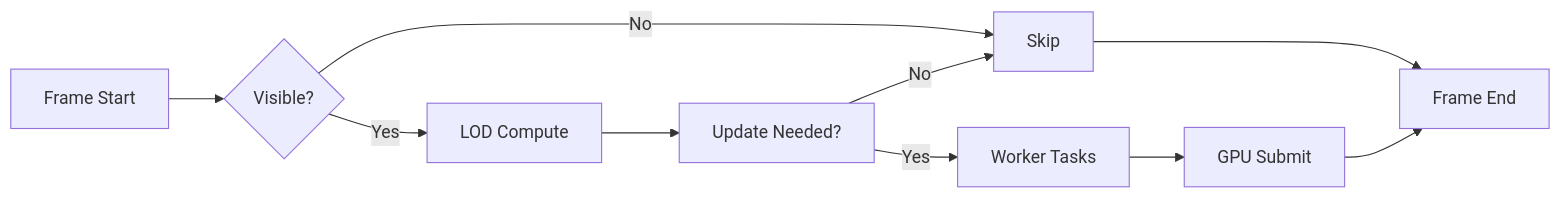
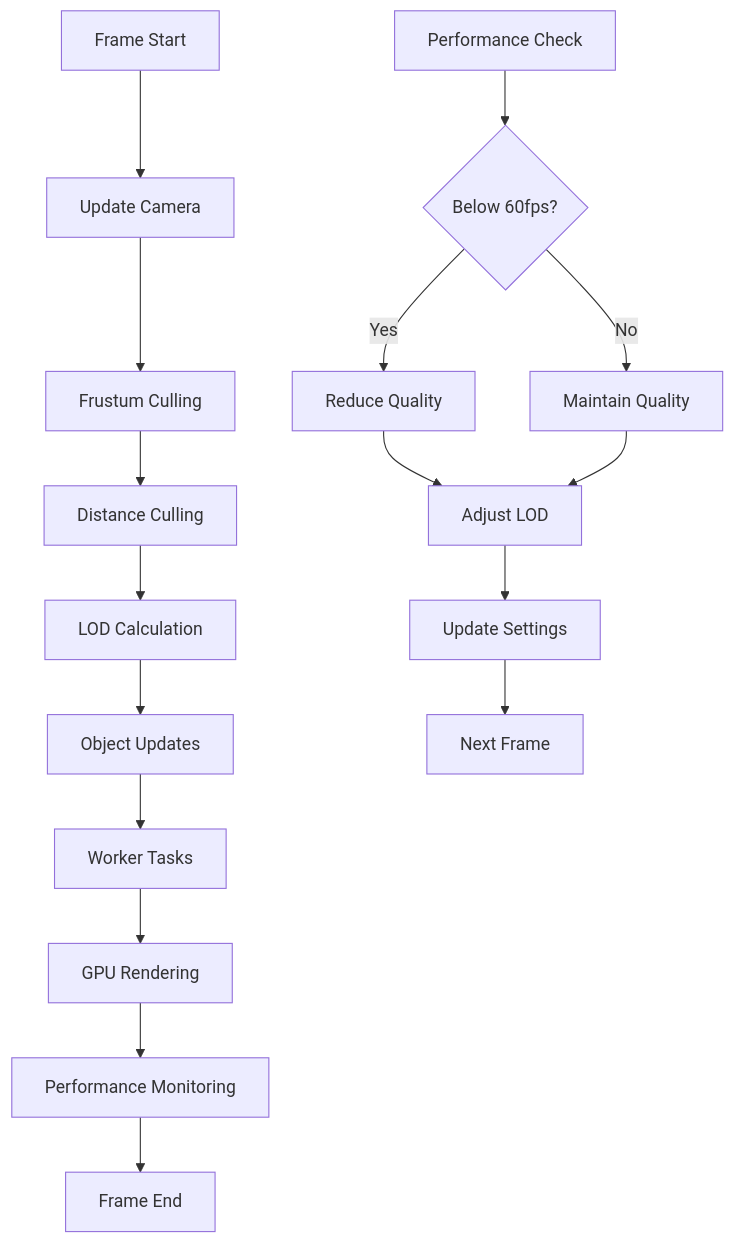
One commit to tanepiper/teskooano changed the first of 2 diagrams in vault/teskooano/architecture/Performance Pattern.md. Above: the diagram before and after it, drawn with Mermaid. The commit also changed other lines of this file and 124 other files, not shown here.

````diff
--- a/vault/teskooano/architecture/Performance Pattern.md
+++ b/vault/teskooano/architecture/Performance Pattern.md
@@ -21,12 +298,20 @@
 ```mermaid
-flowchart LR
-  A[Frame Start] --> B{Visible?}
-  B -- No --> Z[Skip]
-  B -- Yes --> C[LOD Compute]
-  C --> D[Update Needed?]
-  D -- No --> Z
-  D -- Yes --> E[Worker Tasks]
-  E --> F[GPU Submit]
-  Z --> G[Frame End]
-  F --> G
+flowchart TD
+  A[Frame Start] --> B[Update Camera]
+  B --> C[Frustum Culling]
+  C --> D[Distance Culling]
+  D --> E[LOD Calculation]
+  E --> F[Object Updates]
+  F --> G[Worker Tasks]
+  G --> H[GPU Rendering]
+  H --> I[Performance Monitoring]
+  I --> J[Frame End]
+
+  K[Performance Check] --> L{Below 60fps?}
+  L -->|Yes| M[Reduce Quality]
+  L -->|No| N[Maintain Quality]
+  M --> O[Adjust LOD]
+  N --> O
+  O --> P[Update Settings]
+  P --> Q[Next Frame]
 ```
````
